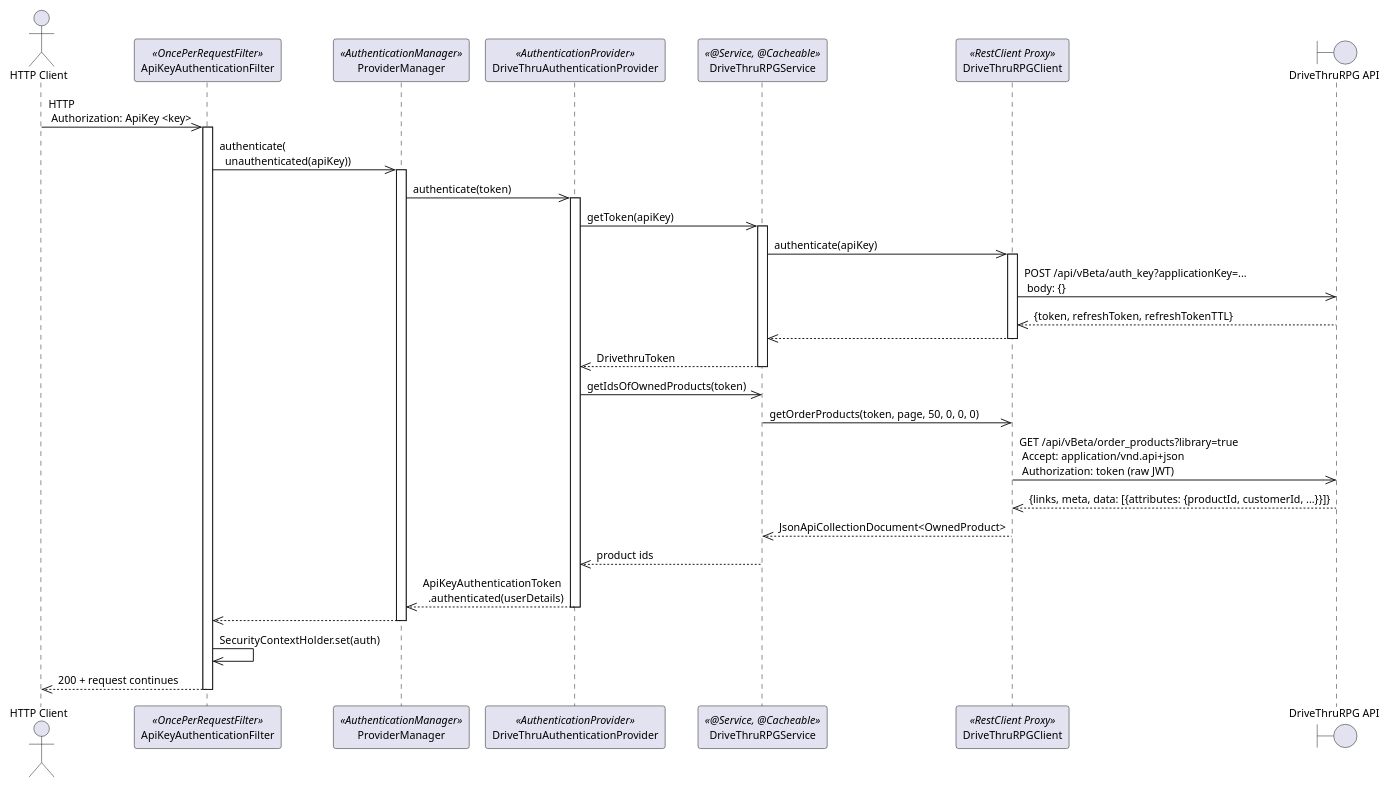
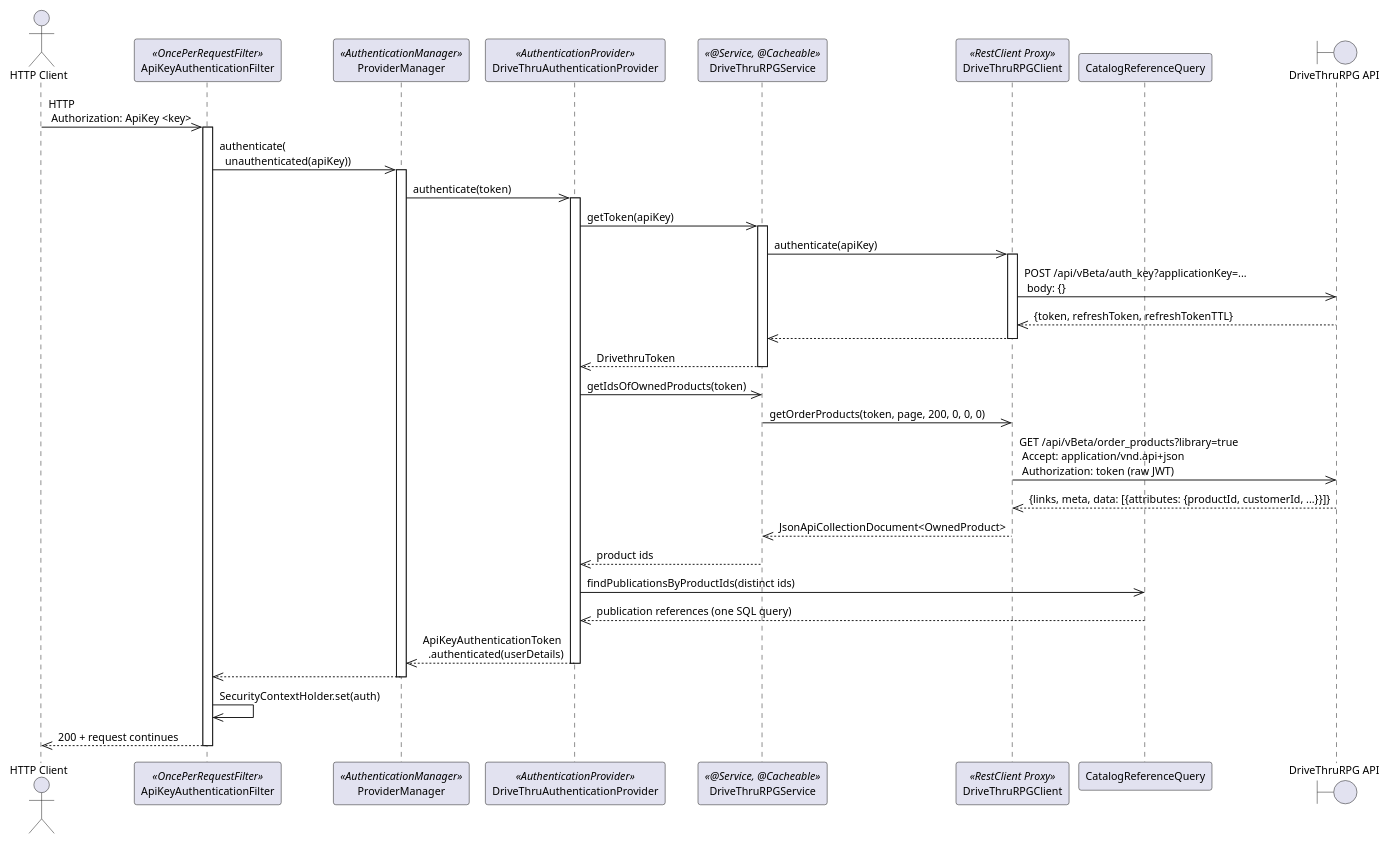
The first of 4 diagrams in docs/modules/arc42/pages/05_building_block_view/level2_drivethrurpg_security_userservice.adoc (Paladins-Inn/torg-codex), drawn with PlantUML before and after one commit. The commit also changed other lines of this file and 143 other files, not shown here.

```diff
--- a/docs/modules/arc42/pages/05_building_block_view/level2_drivethrurpg_security_userservice.adoc
+++ b/docs/modules/arc42/pages/05_building_block_view/level2_drivethrurpg_security_userservice.adoc
@@ -9,54 +9,58 @@
 [plantuml, drivethru-auth-flow]
 ----
 @startuml drivethru-auth-flow
 skinparam defaultFontSize 11
 
 actor        "HTTP Client"               as client
 participant  "ApiKeyAuthenticationFilter" as filter  <<OncePerRequestFilter>>
 participant  "ProviderManager"            as mgr     <<AuthenticationManager>>
 participant  "DriveThruAuthenticationProvider" as prov <<AuthenticationProvider>>
 participant  "DriveThruRPGService"        as svc     <<@Service, @Cacheable>>
 participant  "DriveThruRPGClient"         as http    <<RestClient Proxy>>
+participant  "CatalogReferenceQuery"     as refs
 boundary     "DriveThruRPG API"           as api
 
 client ->> filter : HTTP\n Authorization: ApiKey <key>
 activate filter
 
 filter ->> mgr    : authenticate(\n  unauthenticated(apiKey))
 activate mgr
 
 mgr ->> prov      : authenticate(token)
 activate prov
 
 prov ->> svc      : getToken(apiKey)
 activate svc
 
 svc ->> http      : authenticate(apiKey)
 activate http
 http ->> api      : POST /api/vBeta/auth_key?applicationKey=...\n body: {}
 api -->> http     : {token, refreshToken, refreshTokenTTL}
 http -->> svc     :
 deactivate http
 
 svc -->> prov     : DrivethruToken
 deactivate svc
 
 prov ->> svc      : getIdsOfOwnedProducts(token)
-svc ->> http      : getOrderProducts(token, page, 50, 0, 0, 0)
+svc ->> http      : getOrderProducts(token, page, 200, 0, 0, 0)
 http ->> api      : GET /api/vBeta/order_products?library=true\n Accept: application/vnd.api+json\n Authorization: token (raw JWT)
 api -->> http     : {links, meta, data: [{attributes: {productId, customerId, ...}}]}
 http -->> svc     : JsonApiCollectionDocument<OwnedProduct>
 svc -->> prov     : product ids
+
+prov ->> refs     : findPublicationsByProductIds(distinct ids)
+refs -->> prov    : publication references (one SQL query)
 
 prov -->> mgr     : ApiKeyAuthenticationToken\n  .authenticated(userDetails)
 deactivate prov
 
 mgr -->> filter   :
 deactivate mgr
 
 filter ->> filter : SecurityContextHolder.set(auth)
 filter -->> client : 200 + request continues
 deactivate filter
 
 @enduml
 ----
```
